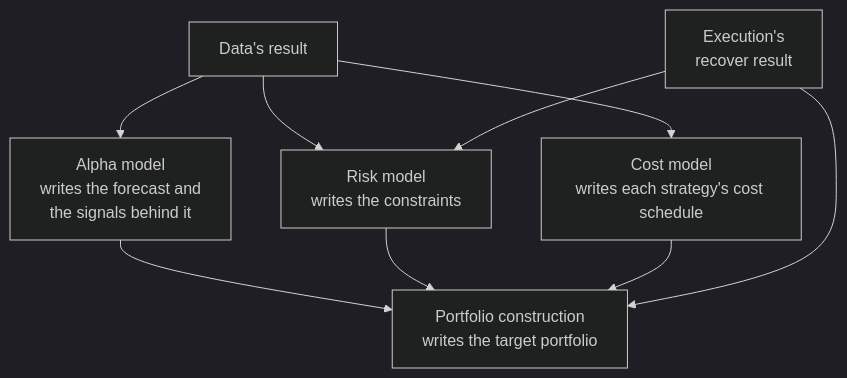
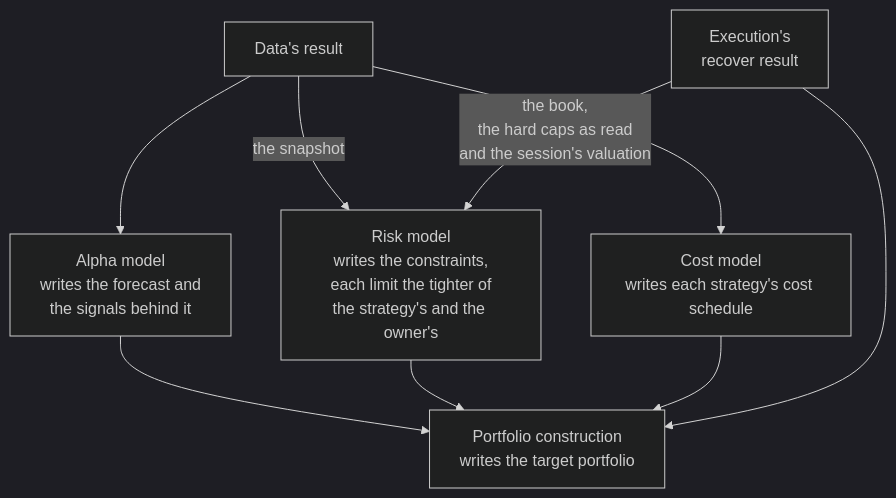
Before and after one commit to l3a0/ithildin-runtime: the eighth of 18 diagrams in docs/architecture/06-runtime.md, drawn with Mermaid (dark theme). The commit also changed other lines of this file and 28 other files, not shown here.

First line of the commit message:
feat(risk): the stage that writes each decision's constraints

````diff
--- a/docs/architecture/06-runtime.md
+++ b/docs/architecture/06-runtime.md
@@ -503,11 +505,11 @@
 ```mermaid
 flowchart TB
     data["Data's result"] --> alpha["Alpha model<br/>writes the forecast and<br/>the signals behind it"]
-    data --> risk["Risk model<br/>writes the constraints"]
+    data -->|"the snapshot"| risk["Risk model<br/>writes the constraints,<br/>each limit the tighter of<br/>the strategy's and the owner's"]
     data --> cost["Cost model<br/>writes each strategy's cost schedule"]
     alpha --> pc["Portfolio construction<br/>writes the target portfolio"]
     risk --> pc
     cost --> pc
-    recover["Execution's<br/>recover result"] --> risk
+    recover["Execution's<br/>recover result"] -->|"the book,<br/>the hard caps as read<br/>and the session's valuation"| risk
     recover --> pc
 ```
````
